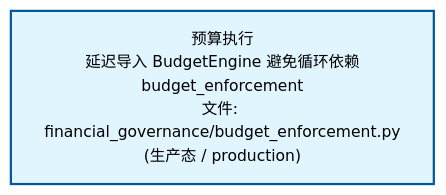
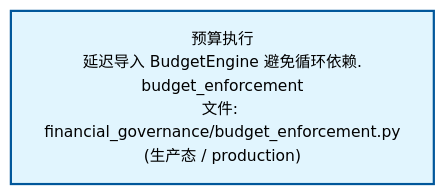
Before and after one commit to xuanFelixVan/ZephyrAlpha: the second of 3 diagrams in docs/02_enterprise_architecture/02_domain_architecture_docs/54_d_gov_repair.md, drawn with Mermaid. The commit also changed other lines of this file and 61 other files, not shown here.

````diff
--- a/docs/02_enterprise_architecture/02_domain_architecture_docs/54_d_gov_repair.md
+++ b/docs/02_enterprise_architecture/02_domain_architecture_docs/54_d_gov_repair.md
@@ -85,10 +85,10 @@
 ```mermaid
 %%{init: {'theme': 'base', 'themeVariables': {'primaryColor': '#eaeaea', 'primaryTextColor': '#333333', 'primaryBorderColor': '#666666', 'lineColor': '#666666', 'secondaryColor': '#eaeaea', 'tertiaryColor': '#eaeaea', 'fontSize': '14px'}}}%%
 flowchart TD
-    src_zephyr_governance_financial_governance_budget_enforcement_py["预算执行<br/>延迟导入 BudgetEngine 避免循环依赖<br/>budget_enforcement<br/>文件: financial_governance/budget_enforcement.py<br/>(生产态 / production)"]
+    src_zephyr_governance_financial_governance_budget_enforcement_py["预算执行<br/>延迟导入 BudgetEngine 避免循环依赖.<br/>budget_enforcement<br/>文件: financial_governance/budget_enforcement.py<br/>(生产态 / production)"]
     classDef production fill:#e1f5fe,stroke:#01579b,stroke-width:2px,color:#000
     classDef design fill:#fff3e0,stroke:#e65100,stroke-width:2px,color:#000,stroke-dasharray: 5 5
     classDef external_prod fill:#e8f4fd,stroke:#0277bd,stroke-width:1px,color:#000
     classDef external_design fill:#fff8e7,stroke:#ef6c00,stroke-width:1px,color:#000,stroke-dasharray: 5 5
     class src_zephyr_governance_financial_governance_budget_enforcement_py production
 ```
````
